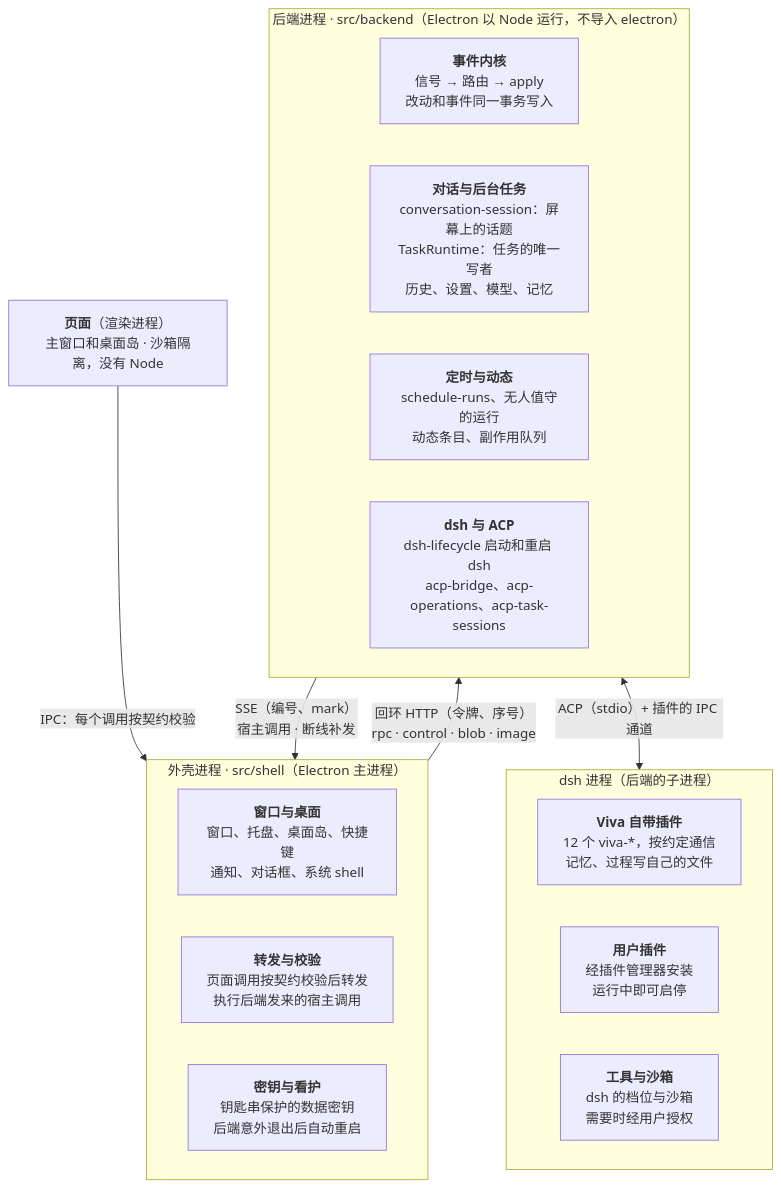
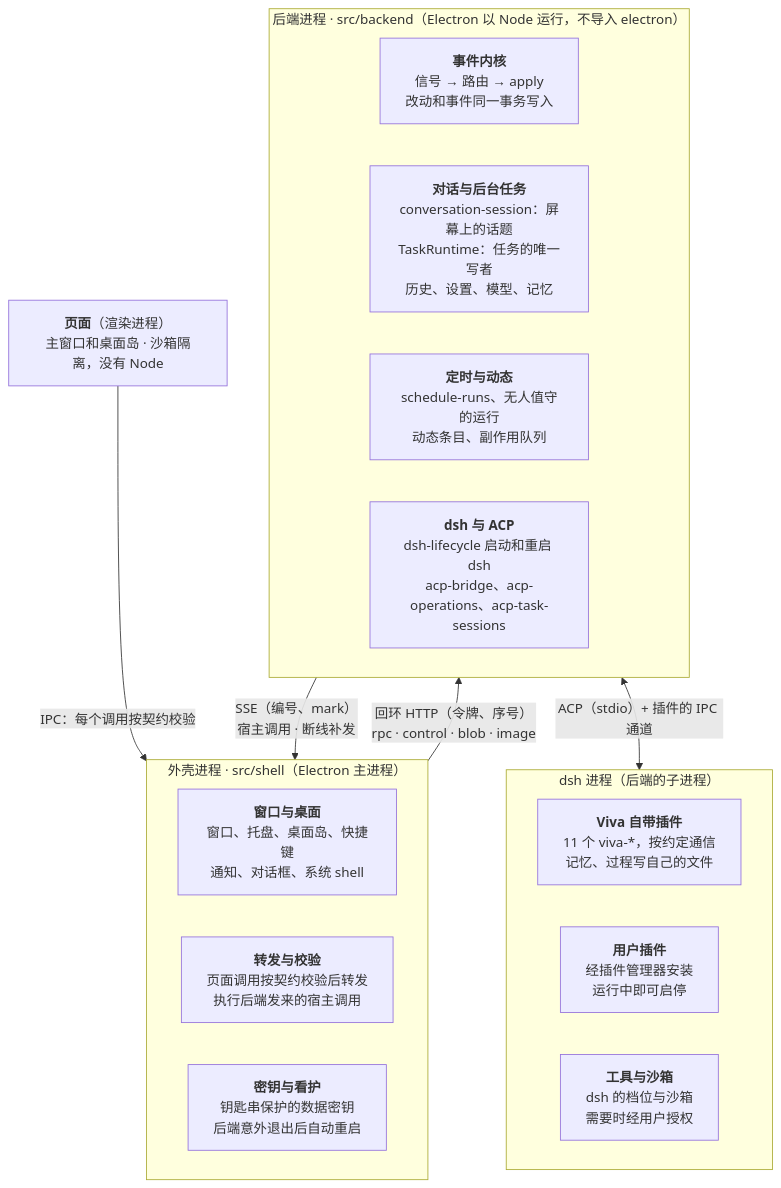
Before and after one commit to JNS0724/Viva: the diagram in docs/system-design.zh-CN.md, drawn with Mermaid. The commit also changed other lines of this file and 6 other files, not shown here.

````diff
--- a/docs/system-design.zh-CN.md
+++ b/docs/system-design.zh-CN.md
@@ -24,24 +24,24 @@
 ```mermaid
 flowchart TB
   pages["<b>页面</b>（渲染进程）<br/>主窗口和桌面岛 · 沙箱隔离，没有 Node"]
   subgraph shell["外壳进程 · src/shell（Electron 主进程）"]
     s1["<b>窗口与桌面</b><br/>窗口、托盘、桌面岛、快捷键<br/>通知、对话框、系统 shell"]
     s2["<b>转发与校验</b><br/>页面调用按契约校验后转发<br/>执行后端发来的宿主调用"]
     s3["<b>密钥与看护</b><br/>钥匙串保护的数据密钥<br/>后端意外退出后自动重启"]
   end
   subgraph backend["后端进程 · src/backend（Electron 以 Node 运行，不导入 electron）"]
     b1["<b>事件内核</b><br/>信号 → 路由 → apply<br/>改动和事件同一事务写入"]
     b2["<b>对话与后台任务</b><br/>conversation-session：屏幕上的话题<br/>TaskRuntime：任务的唯一写者<br/>历史、设置、模型、记忆"]
     b3["<b>定时与动态</b><br/>schedule-runs、无人值守的运行<br/>动态条目、副作用队列"]
     b4["<b>dsh 与 ACP</b><br/>dsh-lifecycle 启动和重启 dsh<br/>acp-bridge、acp-operations、acp-task-sessions"]
   end
   subgraph dsh["dsh 进程（后端的子进程）"]
-    d1["<b>Viva 自带插件</b><br/>12 个 viva-*，按约定通信<br/>记忆、过程写自己的文件"]
+    d1["<b>Viva 自带插件</b><br/>11 个 viva-*，按约定通信<br/>记忆、过程写自己的文件"]
     d2["<b>用户插件</b><br/>经插件管理器安装<br/>运行中即可启停"]
     d3["<b>工具与沙箱</b><br/>dsh 的档位与沙箱<br/>需要时经用户授权"]
   end
   pages -- "IPC：每个调用按契约校验" --> shell
   shell -- "回环 HTTP（令牌、序号）<br/>rpc · control · blob · image" --> backend
   backend -- "SSE（编号、mark）<br/>宿主调用 · 断线补发" --> shell
   backend <-->|"ACP（stdio）+ 插件的 IPC 通道"| dsh
 ```
````
